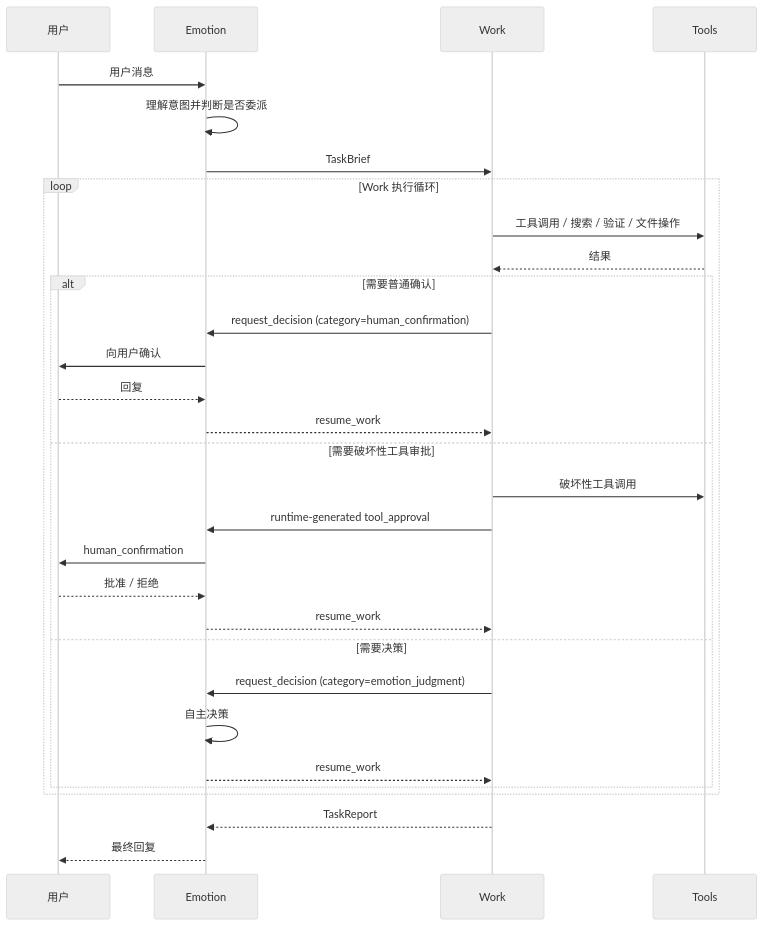
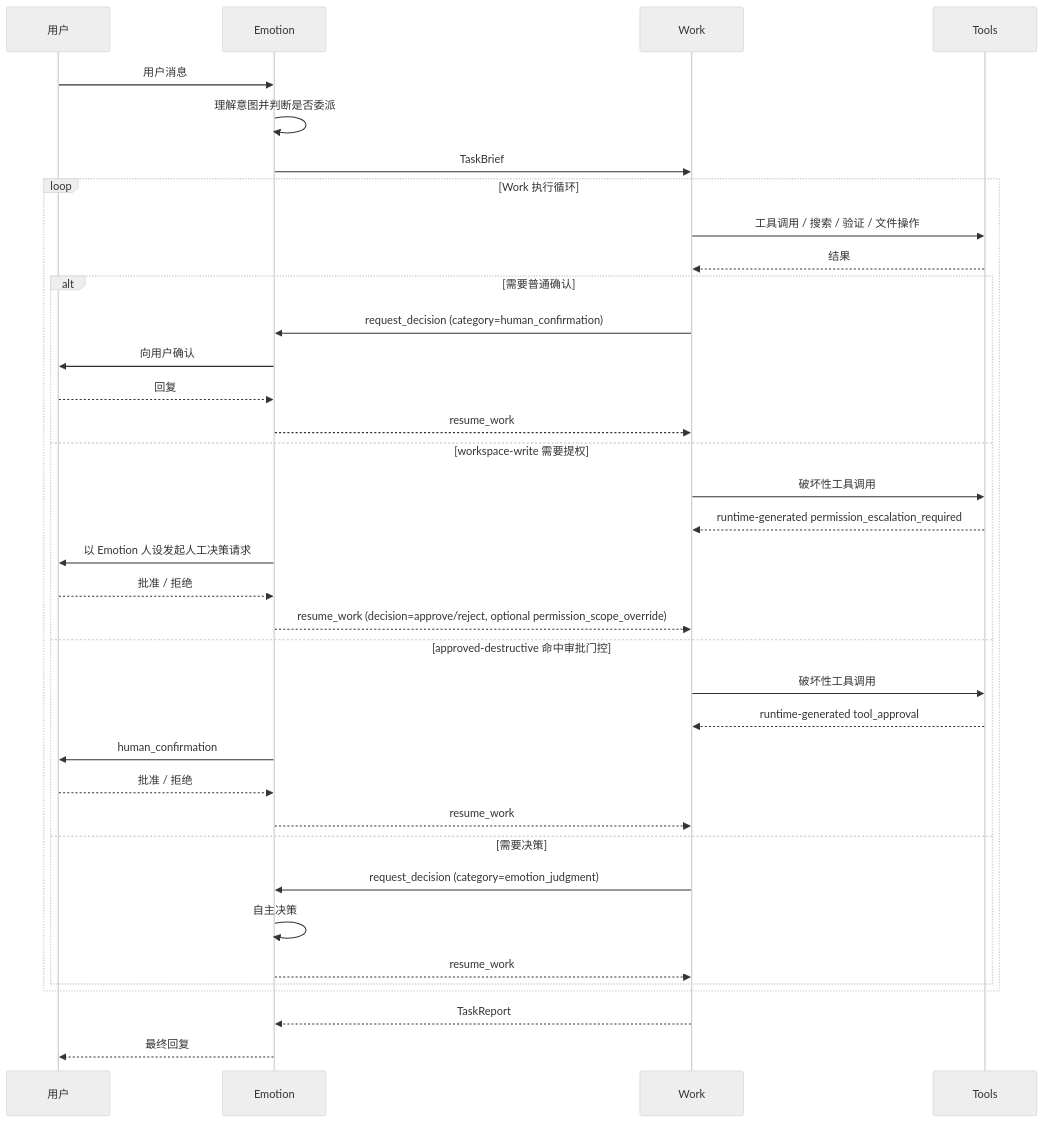
Before and after one commit to LongYiSang/EmoAgent: the third of 4 diagrams in docs/architecture/设计方案.md, drawn with Mermaid (neutral theme). The commit also changed other lines of this file and 25 other files, not shown here.

````diff
--- a/docs/architecture/设计方案.md
+++ b/docs/architecture/设计方案.md
@@ -239,33 +242,39 @@
 ```mermaid
 sequenceDiagram
     participant U as 用户
     participant E as Emotion
     participant W as Work
     participant T as Tools
 
     U->>E: 用户消息
     E->>E: 理解意图并判断是否委派
     E->>W: TaskBrief
     loop Work 执行循环
         W->>T: 工具调用 / 搜索 / 验证 / 文件操作
         T-->>W: 结果
         alt 需要普通确认
             W->>E: request_decision (category=human_confirmation)
             E->>U: 向用户确认
             U-->>E: 回复
             E-->>W: resume_work
-        else 需要破坏性工具审批
+        else workspace-write 需要提权
             W->>T: 破坏性工具调用
-            W->>E: runtime-generated tool_approval
+            T-->>W: runtime-generated permission_escalation_required
+            E->>U: 以 Emotion 人设发起人工决策请求
+            U-->>E: 批准 / 拒绝
+            E-->>W: resume_work (decision=approve/reject, optional permission_scope_override)
+        else approved-destructive 命中审批门控
+            W->>T: 破坏性工具调用
+            T-->>W: runtime-generated tool_approval
             E->>U: human_confirmation
             U-->>E: 批准 / 拒绝
             E-->>W: resume_work
         else 需要决策
             W->>E: request_decision (category=emotion_judgment)
             E->>E: 自主决策
             E-->>W: resume_work
         end
     end
     W-->>E: TaskReport
     E-->>U: 最终回复
 ```
````
